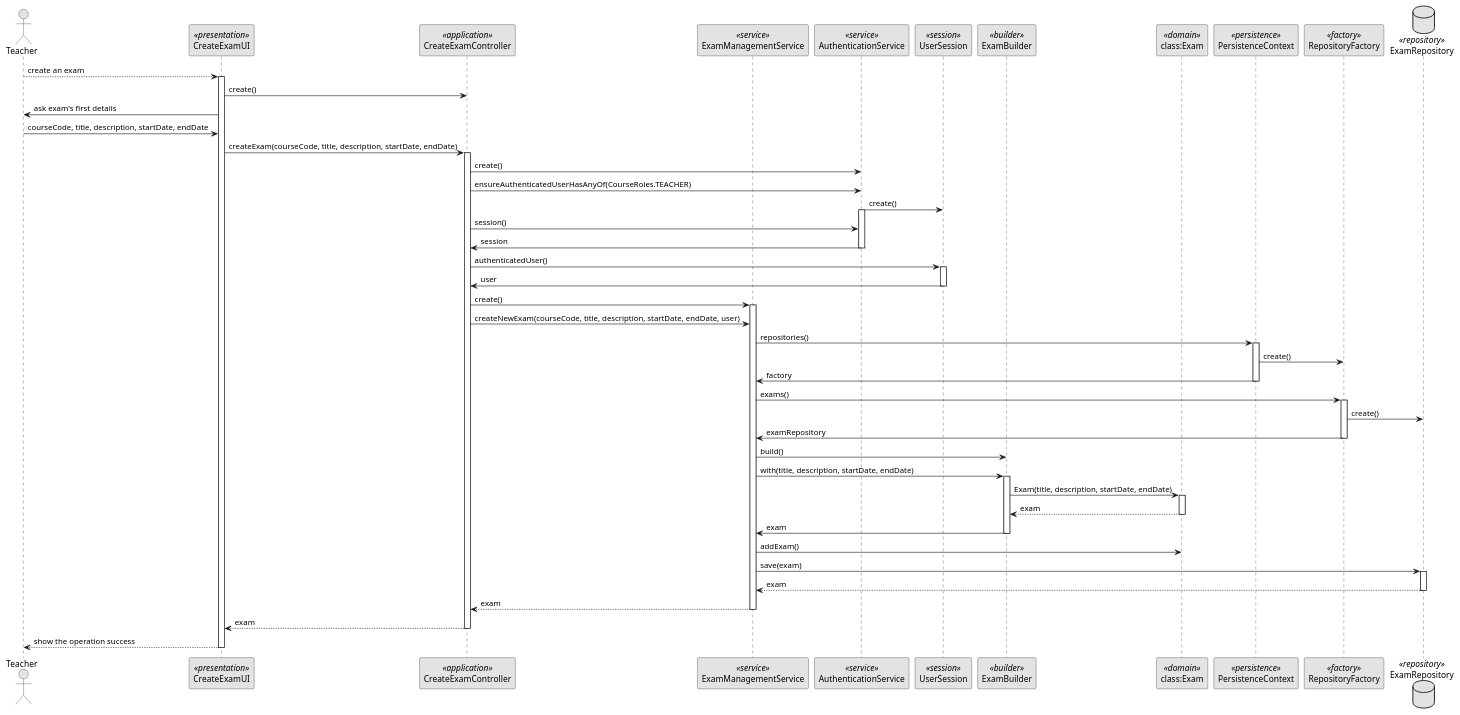
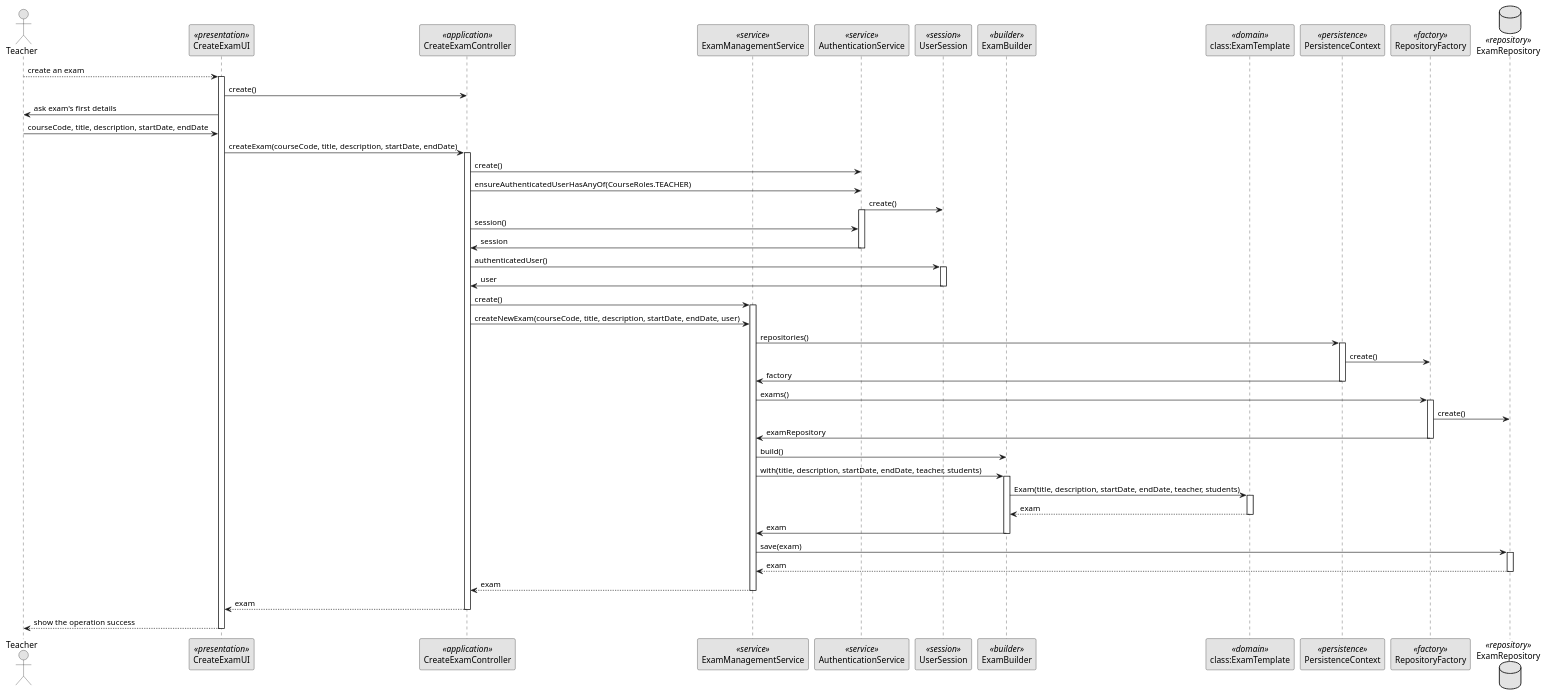
Before and after one commit to brunacosta03/sem4pi_22_23: the diagram in docs/SPRINT B/US_2001/SD/CreateExam-SD.puml, drawn with PlantUML. The commit also changed 60 other files, not shown here.

```diff
--- a/docs/SPRINT B/US_2001/SD/CreateExam-SD.puml
+++ b/docs/SPRINT B/US_2001/SD/CreateExam-SD.puml
@@ -1,87 +1,86 @@
 @startuml
 skinparam monochrome true
 skinparam packageStyle rect
 skinparam defaultFontName FG Virgil
 skinparam shadowing false
 
 actor Teacher as Actor
 participant CreateExamUI as UI <<presentation>>
 participant CreateExamController as Controller <<application>>
 participant ExamManagementService as Service <<service>>
 participant AuthenticationService as Autzh <<service>>
 participant UserSession as UserSession <<session>>
 participant ExamBuilder as Builder <<builder>>
-participant "class:Exam" as Exam <<domain>>
+participant "class:ExamTemplate" as Exam <<domain>>
 participant PersistenceContext as Context <<persistence>>
 participant RepositoryFactory as Factory <<factory>>
 database ExamRepository as Repository <<repository>>
 
 Actor --> UI : create an exam
 
 activate UI
 UI -> Controller : create()
 UI -> Actor : ask exam's first details
 Actor -> UI : courseCode, title, description, startDate, endDate
 UI -> Controller : createExam(courseCode, title, description, startDate, endDate)
 
 activate Controller
 Controller -> Autzh : create()
 Controller -> Autzh : ensureAuthenticatedUserHasAnyOf(CourseRoles.TEACHER)
 Autzh -> UserSession : create()
 
 activate Autzh
 Controller -> Autzh : session()
 Autzh -> Controller : session
 deactivate Autzh
 
 Controller -> UserSession : authenticatedUser()
 activate UserSession
 UserSession -> Controller : user
 deactivate UserSession
 
 Controller -> Service : create()
 activate Service
 Controller -> Service : createNewExam(courseCode, title, description, startDate, endDate, user)
 
 Service -> Context : repositories()
 activate Context
 Context -> Factory : create()
 Context -> Service : factory
 deactivate Context
 
 Service -> Factory : exams()
 activate Factory
 Factory -> Repository : create()
 Factory -> Service : examRepository
 deactivate Repository
 deactivate Factory
 
 Service -> Builder : build()
-Service -> Builder : with(title, description, startDate, endDate)
+Service -> Builder : with(title, description, startDate, endDate, teacher, students)
 
 activate Builder
-Builder -> Exam : Exam(title, description, startDate, endDate)
+Builder -> Exam : Exam(title, description, startDate, endDate, teacher, students)
 activate Exam
 Exam --> Builder : exam
 deactivate Exam
 Builder -> Service : exam
 deactivate Builder
 
-Service -> Exam : addExam()
 Service -> Repository : save(exam)
 
 activate Repository
 Repository --> Service : exam
 deactivate Repository
 
 Service --> Controller : exam
 deactivate Service
 
 Controller --> UI : exam
 deactivate Controller
 
 UI --> Actor : show the operation success
 
 deactivate UI
 
 @enduml
```
